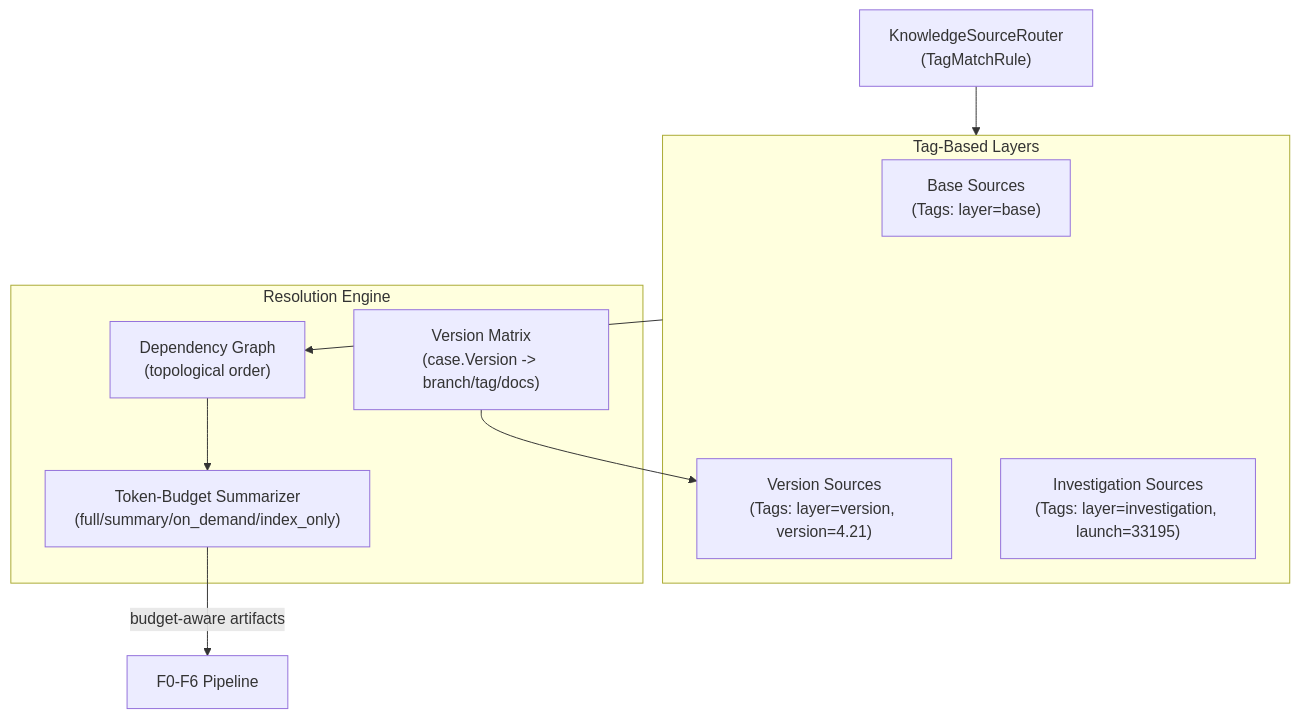
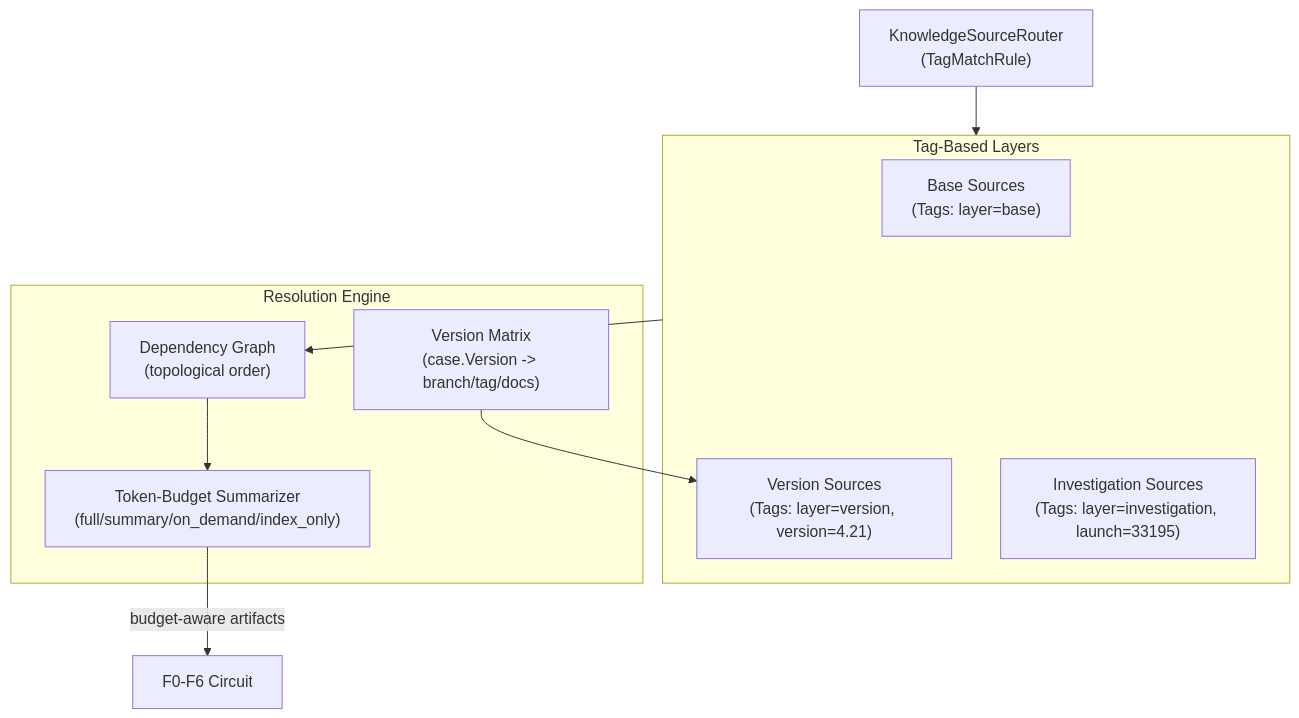
Before and after one commit to dpopsuev/asterisk: the second of 2 diagrams in .cursor/contracts/completed/polishing/knowledge-source-evolution.md, drawn with Mermaid. The commit also changed other lines of this file and 184 other files, not shown here.

First line of the commit message:
refactor: pipeline→circuit rename + rca-pure-dsl Phase 3-4 advance

````diff
--- a/.cursor/contracts/completed/polishing/knowledge-source-evolution.md
+++ b/.cursor/contracts/completed/polishing/knowledge-source-evolution.md
@@ -45,20 +45,20 @@
 ```mermaid
 flowchart TD
     subgraph layers [Tag-Based Layers]
         Base["Base Sources\n(Tags: layer=base)"]
         Version["Version Sources\n(Tags: layer=version, version=4.21)"]
         Investigation["Investigation Sources\n(Tags: layer=investigation, launch=33195)"]
     end
 
     subgraph resolution [Resolution Engine]
         DepGraph["Dependency Graph\n(topological order)"]
         Summarizer["Token-Budget Summarizer\n(full/summary/on_demand/index_only)"]
         VersionMatrix["Version Matrix\n(case.Version -> branch/tag/docs)"]
     end
 
     Router["KnowledgeSourceRouter\n(TagMatchRule)"] --> layers
     layers --> DepGraph
     DepGraph --> Summarizer
     VersionMatrix --> Version
-    Summarizer -->|"budget-aware artifacts"| Pipeline[F0-F6 Pipeline]
+    Summarizer -->|"budget-aware artifacts"| Circuit[F0-F6 Circuit]
 ```
````
